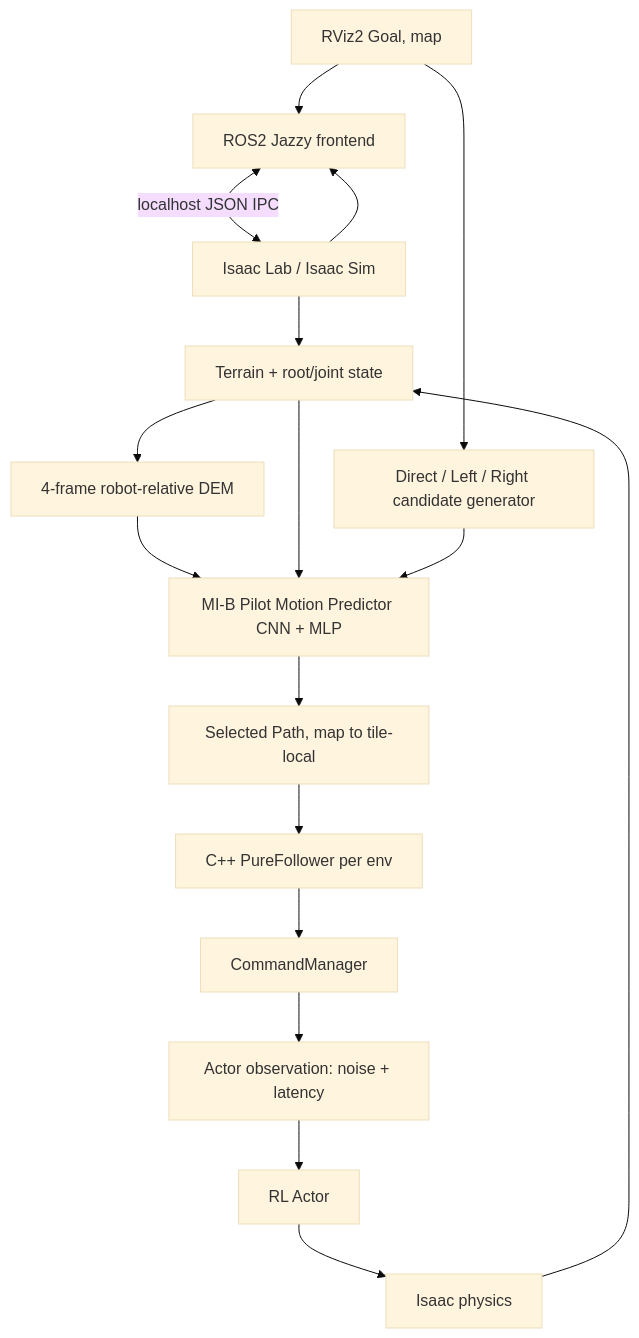
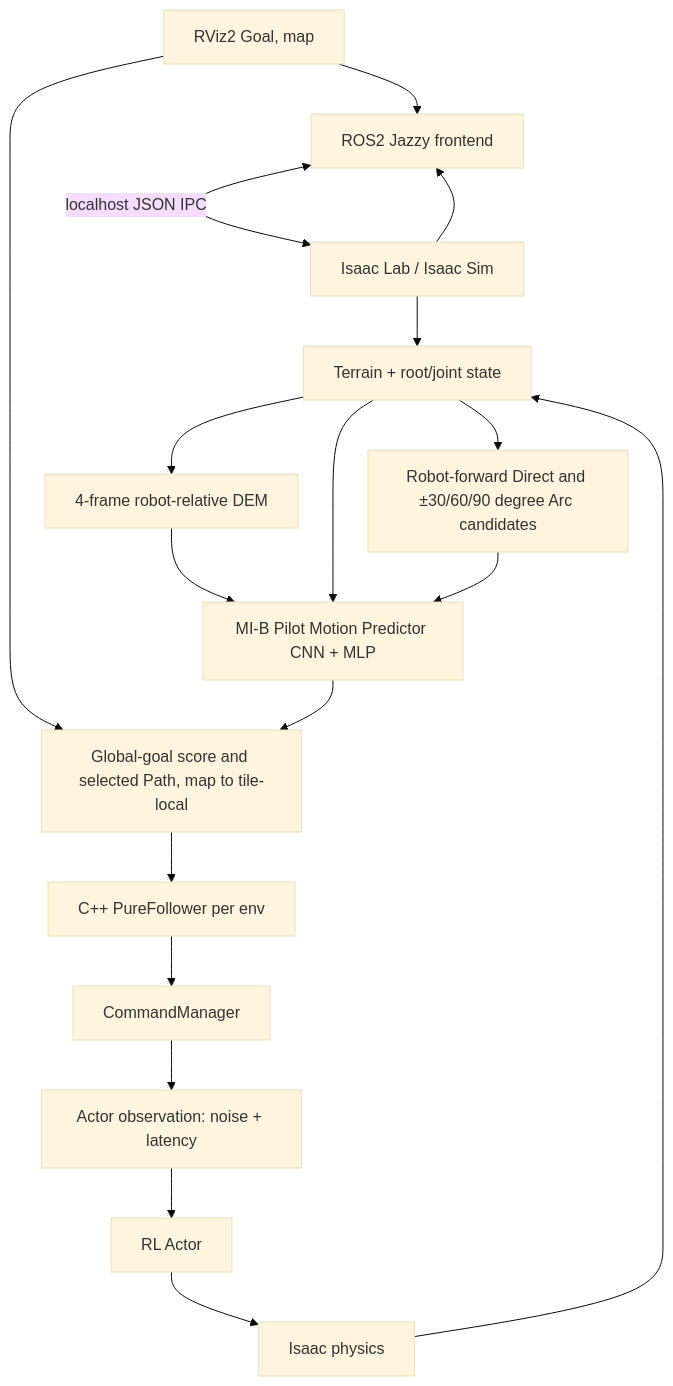
One commit to TohokuQuix/visualnav-transformer-ros2 changed the diagram in docs/eat-nav/experiment_pipeline.md. Above: the diagram before and after it, drawn with Mermaid (base theme). The commit also changed other lines of this file and 9 other files, not shown here.

Commit message:
Use robot-forward seven-arc bank in GUI demo

````diff
--- a/docs/eat-nav/experiment_pipeline.md
+++ b/docs/eat-nav/experiment_pipeline.md
@@ -15,19 +15,20 @@
 ```mermaid
 flowchart TD
     G[RViz2 Goal, map] --> F[ROS2 Jazzy frontend]
     F <-->|localhost JSON IPC| S[Isaac Lab / Isaac Sim]
     S --> T[Terrain + root/joint state]
     T --> D[4-frame robot-relative DEM]
-    G --> P[Direct / Left / Right candidate generator]
+    T --> P[Robot-forward Direct and ±30/60/90 degree Arc candidates]
     D --> E[MI-B Pilot Motion Predictor CNN + MLP]
     T --> E
     P --> E
-    E --> C[Selected Path, map to tile-local]
+    G --> C
+    E --> C[Global-goal score and selected Path, map to tile-local]
     C --> PF[C++ PureFollower per env]
     PF --> CM[CommandManager]
     CM --> AO[Actor observation: noise + latency]
     AO --> RL[RL Actor]
     RL --> PH[Isaac physics]
     PH --> T
     S --> F
 ```
````
